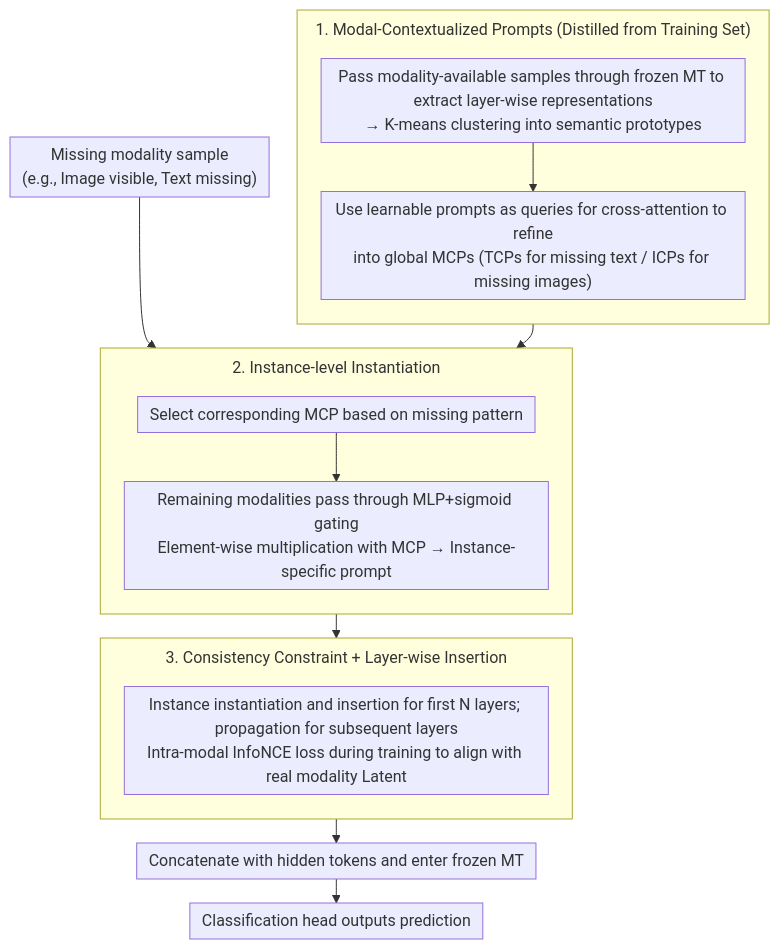
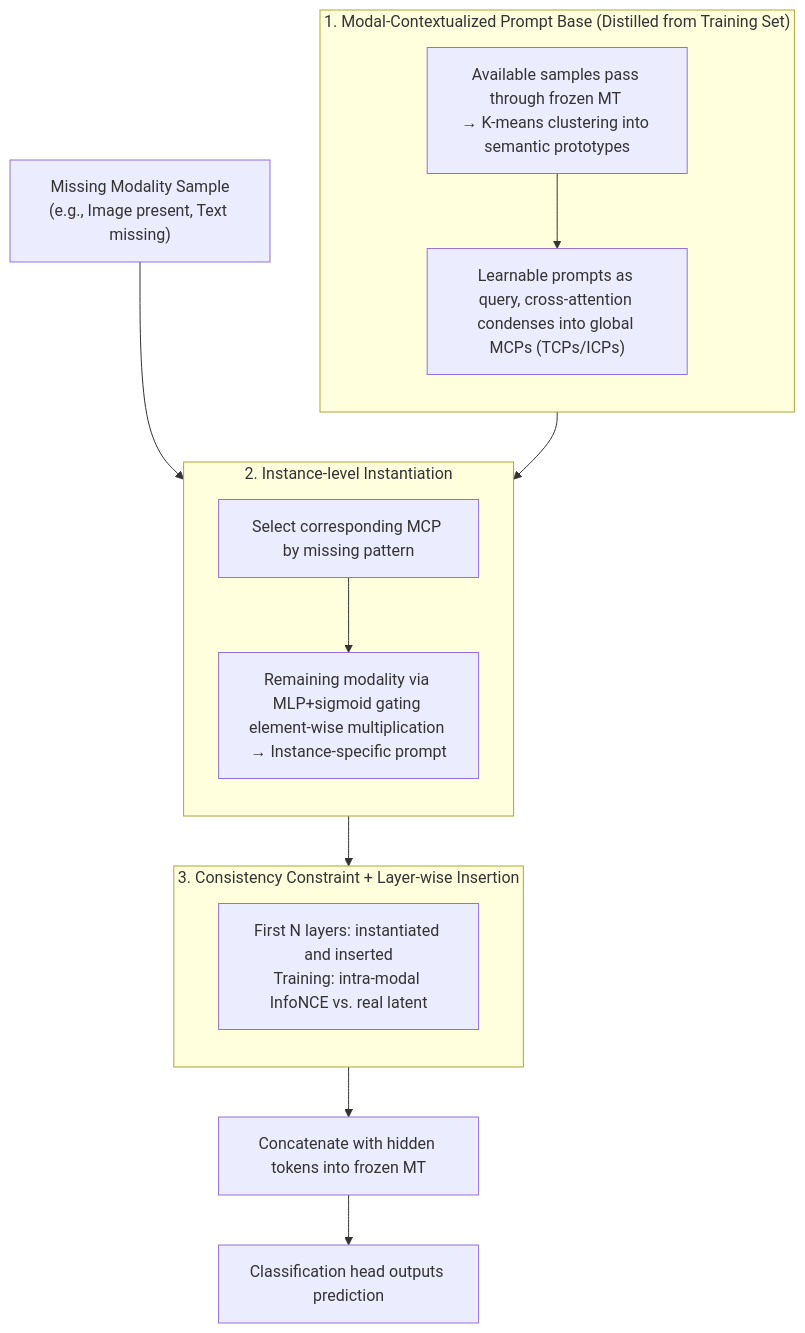
The diagram in docs/ICML2026/multimodal_vlm/aoept_breaking_the_implicit_modality-reduction_bottleneck_in_modality-missing_pr.md (zhaoyang97/Paper-Notes-en), drawn with Mermaid before and after one commit. The commit also changed other lines of this file and 5084 other files, not shown here.

````diff
--- a/docs/ICML2026/multimodal_vlm/aoept_breaking_the_implicit_modality-reduction_bottleneck_in_modality-missing_pr.md
+++ b/docs/ICML2026/multimodal_vlm/aoept_breaking_the_implicit_modality-reduction_bottleneck_in_modality-missing_pr.md
@@ -46,21 +46,20 @@
 ```mermaid
-%%{init: {'flowchart': {'rankSpacing': 24, 'nodeSpacing': 28, 'padding': 6, 'wrappingWidth': 400, 'subGraphTitleMargin': {'top': 8, 'bottom': 16}}}}%%
-flowchart TD
-    subgraph MCP["1. Modal-Contextualized Prompts (Distilled from Training Set)"]
+graph TD
+    subgraph MCP["1. Modal-Contextualized Prompt Base (Distilled from Training Set)"]
         direction TB
-        A["Pass modality-available samples through frozen MT to extract layer-wise representations<br/>→ K-means clustering into semantic prototypes"] --> B["Use learnable prompts as queries for cross-attention to refine<br/>into global MCPs (TCPs for missing text / ICPs for missing images)"]
+        A["Available samples pass through frozen MT <br/>→ K-means clustering into semantic prototypes"] --> B["Learnable prompts as query, cross-attention <br/>condenses into global MCPs (TCPs/ICPs)"]
     end
-    C["Missing modality sample<br/>(e.g., Image visible, Text missing)"] --> D
+    C["Missing Modality Sample<br/>(e.g., Image present, Text missing)"] --> D
     B --> D
     subgraph INST["2. Instance-level Instantiation"]
         direction TB
-        D["Select corresponding MCP based on missing pattern"] --> E["Remaining modalities pass through MLP+sigmoid gating<br/>Element-wise multiplication with MCP → Instance-specific prompt"]
+        D["Select corresponding MCP by missing pattern"] --> E["Remaining modality via MLP+sigmoid gating <br/>element-wise multiplication → Instance-specific prompt"]
     end
     E --> F
     subgraph PROP["3. Consistency Constraint + Layer-wise Insertion"]
         direction TB
-        F["Instance instantiation and insertion for first N layers; propagation for subsequent layers<br/>Intra-modal InfoNCE loss during training to align with real modality Latent"]
+        F["First N layers: instantiated and inserted<br/>Training: intra-modal InfoNCE vs. real latent"]
     end
-    F --> G["Concatenate with hidden tokens and enter frozen MT"]
+    F --> G["Concatenate with hidden tokens into frozen MT"]
     G --> H["Classification head outputs prediction"]
 ```
````
